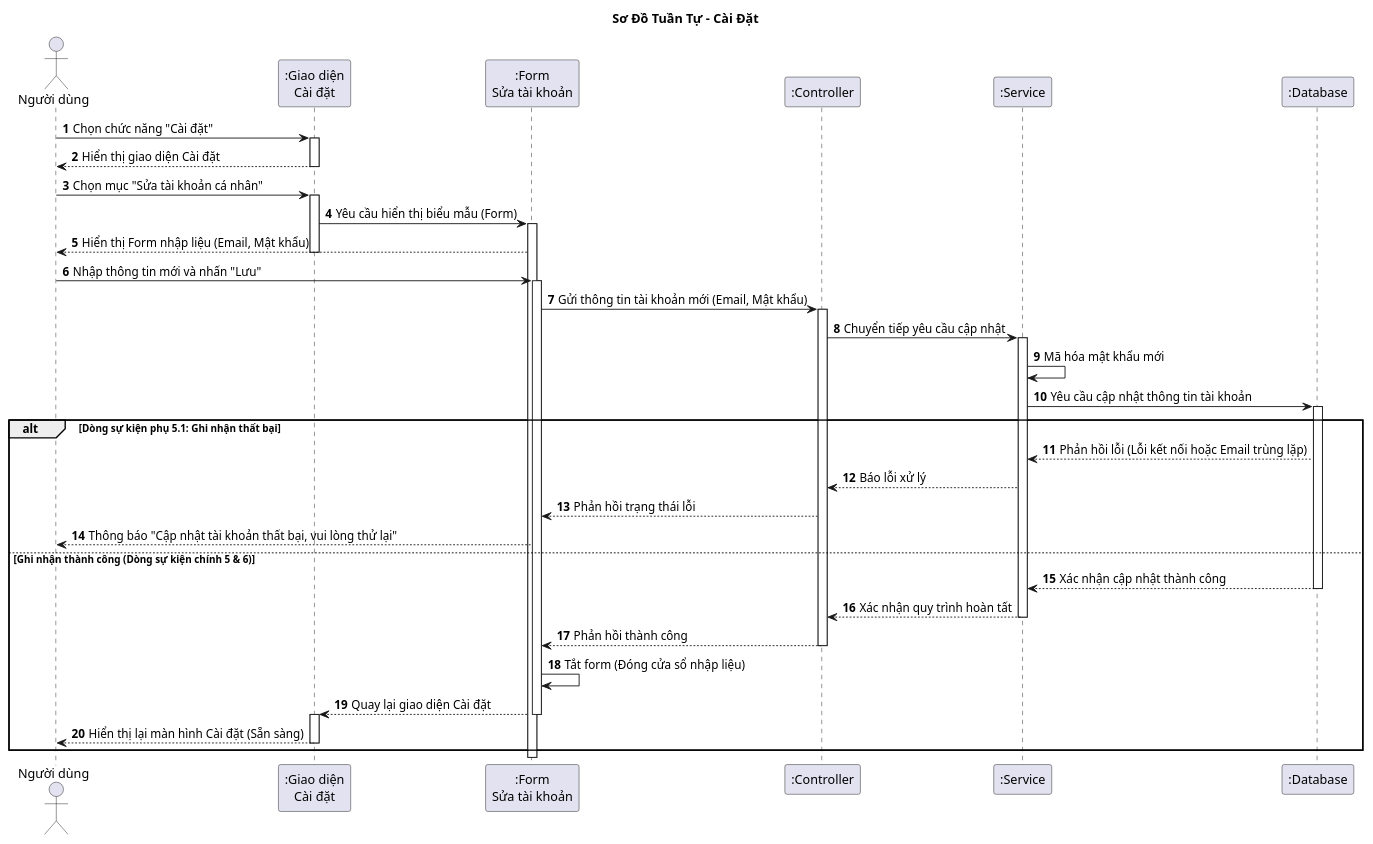
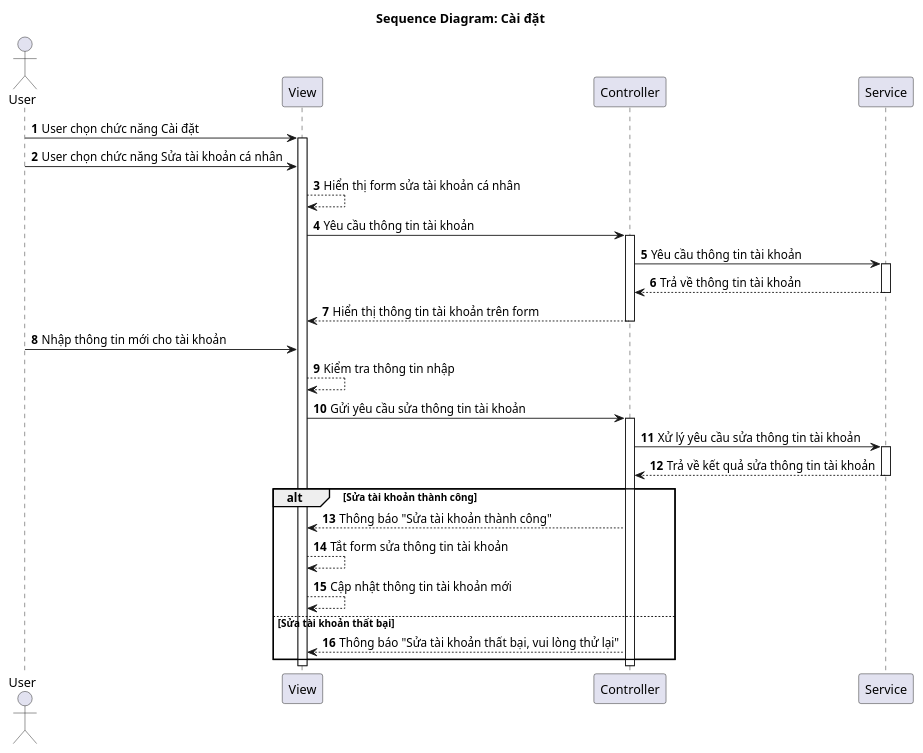
The diagram in Diagrams/SequenceDiagram/SettingsSD.plantuml (vinh047/soundwave), drawn with PlantUML before and after one commit. The commit also changed 27 other files, not shown here.

Commit message:
Sửa đặc tả UC (Chia sẻ lên platform thôi,...), đơn giản hoá Sequence, sửa CD và thêm mô tả CD

```diff
--- a/Diagrams/SequenceDiagram/SettingsSD.plantuml
+++ b/Diagrams/SequenceDiagram/SettingsSD.plantuml
@@ -1,74 +1,42 @@
-@startuml Sequence Diagram - Cài Đặt (Sửa Tài Khoản)
+@startuml SD
 
-title Sơ Đồ Tuần Tự - Cài Đặt 
+actor "User" as User
+participant "View" as View
+participant "Controller" as Controller
+participant "Service" as Service
 
-actor "Người dùng" as User
-participant ":Giao diện\nCài đặt" as UI_Settings
-participant ":Form\nSửa tài khoản" as UI_Form
-participant ":Controller" as Controller
-participant ":Service" as Service
-participant ":Database" as DB
+title Sequence Diagram: Cài đặt
 
 autonumber
 
-' === BƯỚC 1: HIỂN THỊ GIAO DIỆN CÀI ĐẶT ===
-User -> UI_Settings: Chọn chức năng "Cài đặt"
-activate UI_Settings
-UI_Settings --> User: Hiển thị giao diện Cài đặt
-deactivate UI_Settings
+User -> View: User chọn chức năng Cài đặt
+activate View
+User -> View: User chọn chức năng Sửa tài khoản cá nhân
+View --> View: Hiển thị form sửa tài khoản cá nhân
+View -> Controller: Yêu cầu thông tin tài khoản
+activate Controller
+Controller -> Service: Yêu cầu thông tin tài khoản
+activate Service
+Service --> Controller: Trả về thông tin tài khoản
+deactivate Service
+Controller --> View: Hiển thị thông tin tài khoản trên form
+deactivate Controller
 
-' === BƯỚC 2 & 3: CHỌN SỬA TÀI KHOẢN ===
-User -> UI_Settings: Chọn mục "Sửa tài khoản cá nhân"
-activate UI_Settings
-
-UI_Settings -> UI_Form: Yêu cầu hiển thị biểu mẫu (Form)
-activate UI_Form
-' (Có thể có bước lấy dữ liệu cũ để điền vào form, nhưng lược bỏ để tập trung vào flow chính)
-UI_Form --> User: Hiển thị Form nhập liệu (Email, Mật khẩu)
-deactivate UI_Settings
-
-' === BƯỚC 4: NGƯỜI DÙNG NHẬP LIỆU ===
-User -> UI_Form: Nhập thông tin mới và nhấn "Lưu"
-activate UI_Form
-
-UI_Form -> Controller: Gửi thông tin tài khoản mới (Email, Mật khẩu)
+User -> View: Nhập thông tin mới cho tài khoản
+View --> View: Kiểm tra thông tin nhập
+View -> Controller: Gửi yêu cầu sửa thông tin tài khoản
 activate Controller
-Controller -> Service: Chuyển tiếp yêu cầu cập nhật
+Controller -> Service: Xử lý yêu cầu sửa thông tin tài khoản
 activate Service
-
-' === BƯỚC 5: GHI NHẬN VÀO CSDL ===
-' Logic nghiệp vụ: Mã hóa mật khẩu trước khi lưu
-Service -> Service: Mã hóa mật khẩu mới
-Service -> DB: Yêu cầu cập nhật thông tin tài khoản
-activate DB
-
-alt Dòng sự kiện phụ 5.1: Ghi nhận thất bại
-    DB --> Service: Phản hồi lỗi (Lỗi kết nối hoặc Email trùng lặp)
-    Service --> Controller: Báo lỗi xử lý
-    Controller --> UI_Form: Phản hồi trạng thái lỗi
-    
-    UI_Form --> User: Thông báo "Cập nhật tài khoản thất bại, vui lòng thử lại"
-    ' (Form vẫn mở để người dùng sửa lại)
-
-else Ghi nhận thành công (Dòng sự kiện chính 5 & 6)
-    DB --> Service: Xác nhận cập nhật thành công
-    deactivate DB
-    
-    Service --> Controller: Xác nhận quy trình hoàn tất
-    deactivate Service
-    
-    Controller --> UI_Form: Phản hồi thành công
-    deactivate Controller
-    
-    ' === BƯỚC 6: TẮT FORM ===
-    UI_Form -> UI_Form: Tắt form (Đóng cửa sổ nhập liệu)
-    
-    UI_Form --> UI_Settings: Quay lại giao diện Cài đặt
-    deactivate UI_Form
-    activate UI_Settings
-    
-    UI_Settings --> User: Hiển thị lại màn hình Cài đặt (Sẵn sàng)
-    deactivate UI_Settings
+Service --> Controller: Trả về kết quả sửa thông tin tài khoản
+deactivate Service
+alt Sửa tài khoản thành công
+    Controller --> View: Thông báo "Sửa tài khoản thành công"
+    View --> View: Tắt form sửa thông tin tài khoản
+    View --> View: Cập nhật thông tin tài khoản mới
+else Sửa tài khoản thất bại
+    Controller --> View: Thông báo "Sửa tài khoản thất bại, vui lòng thử lại"
 end
-
+deactivate Controller
+deactivate View
 @enduml
```
